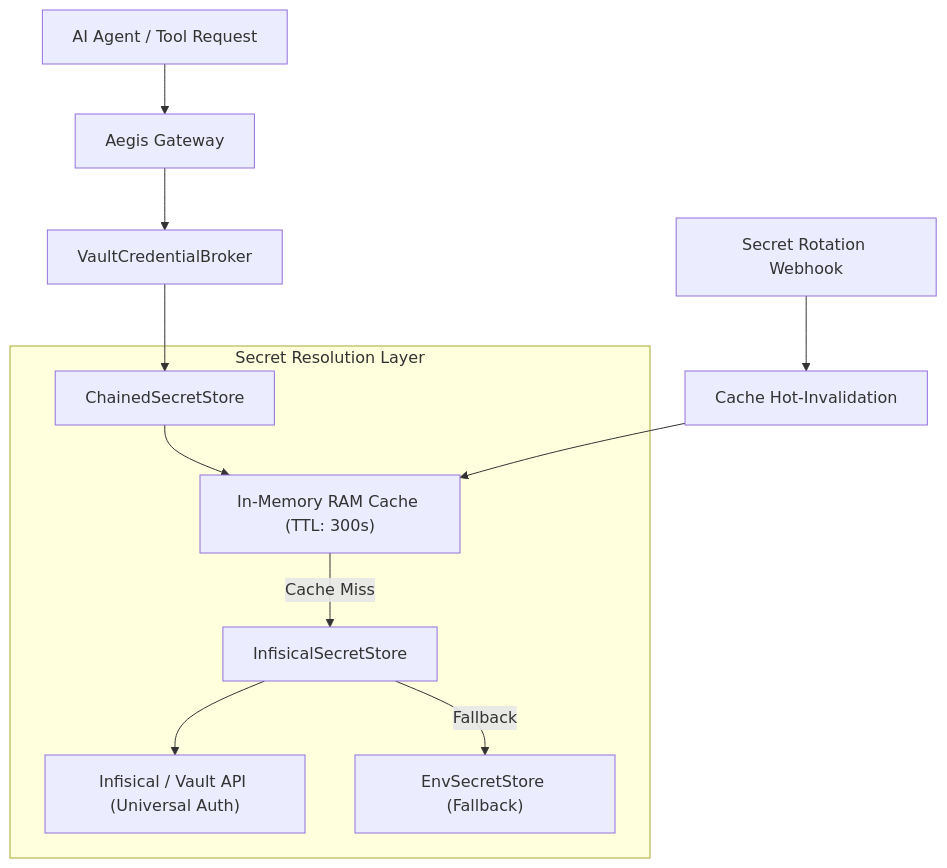
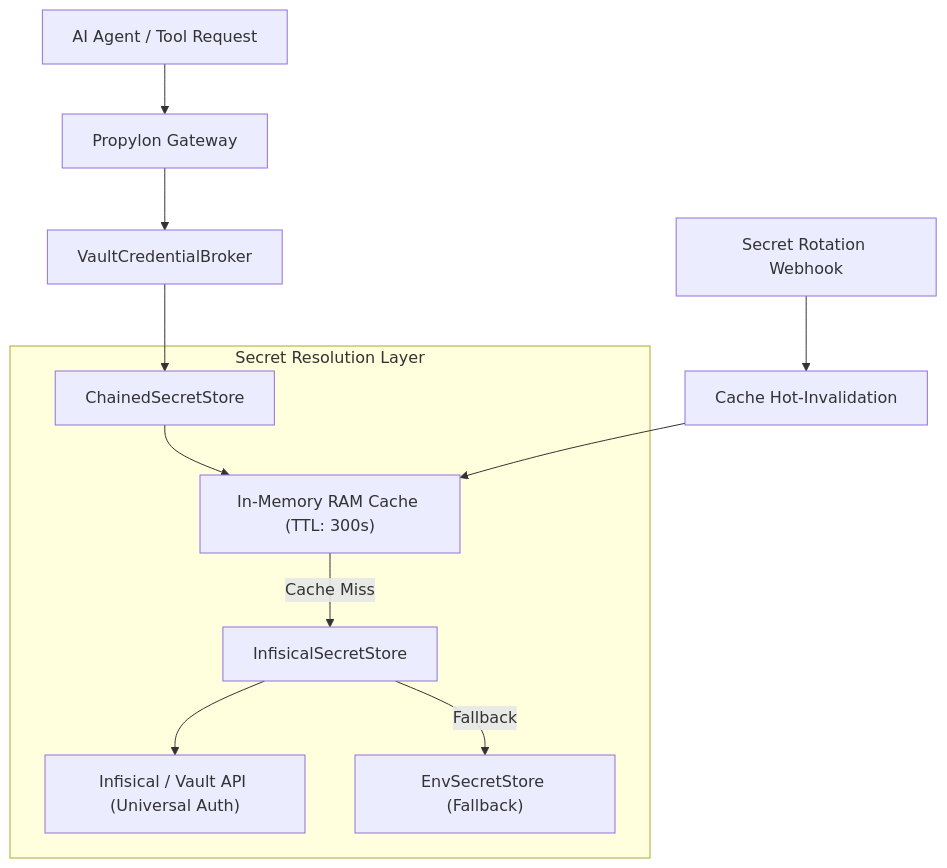
The diagram in docs/roadmap/17_PHASE_17_DYNAMIC_ENTERPRISE_SECRET_VAULT_AND_ROTATION.md (ihkaru/aegis-gateway), drawn with Mermaid before and after one commit. The commit also changed other lines of this file and 253 other files, not shown here.

Commit message:
chore(rebrand): rename project from aegis to propylon across entire codebase

````diff
--- a/docs/roadmap/17_PHASE_17_DYNAMIC_ENTERPRISE_SECRET_VAULT_AND_ROTATION.md
+++ b/docs/roadmap/17_PHASE_17_DYNAMIC_ENTERPRISE_SECRET_VAULT_AND_ROTATION.md
@@ -23,16 +23,16 @@
 ```mermaid
 flowchart TD
-    Client["AI Agent / Tool Request"] --> Gateway["Aegis Gateway"]
+    Client["AI Agent / Tool Request"] --> Gateway["Propylon Gateway"]
     Gateway --> Broker["VaultCredentialBroker"]
     Broker --> ChainedStore["ChainedSecretStore"]
     
     subgraph SecretResolution["Secret Resolution Layer"]
         ChainedStore --> MemCache["In-Memory RAM Cache (TTL: 300s)"]
         MemCache -- Cache Miss --> InfisicalStore["InfisicalSecretStore"]
         InfisicalStore --> VaultAPI["Infisical / Vault API (Universal Auth)"]
         InfisicalStore -- Fallback --> EnvStore["EnvSecretStore (Fallback)"]
     end
     
     Webhook["Secret Rotation Webhook"] --> Invalidate["Cache Hot-Invalidation"]
     Invalidate --> MemCache
 ```
````
